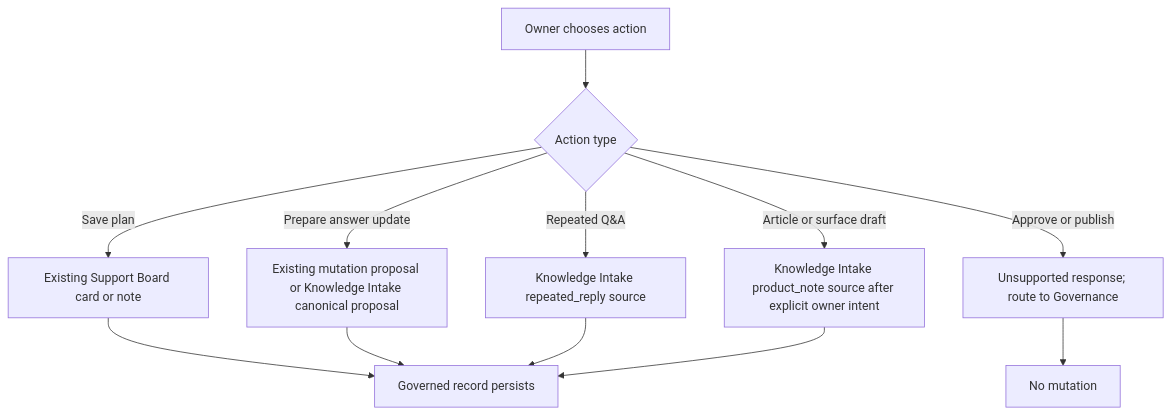
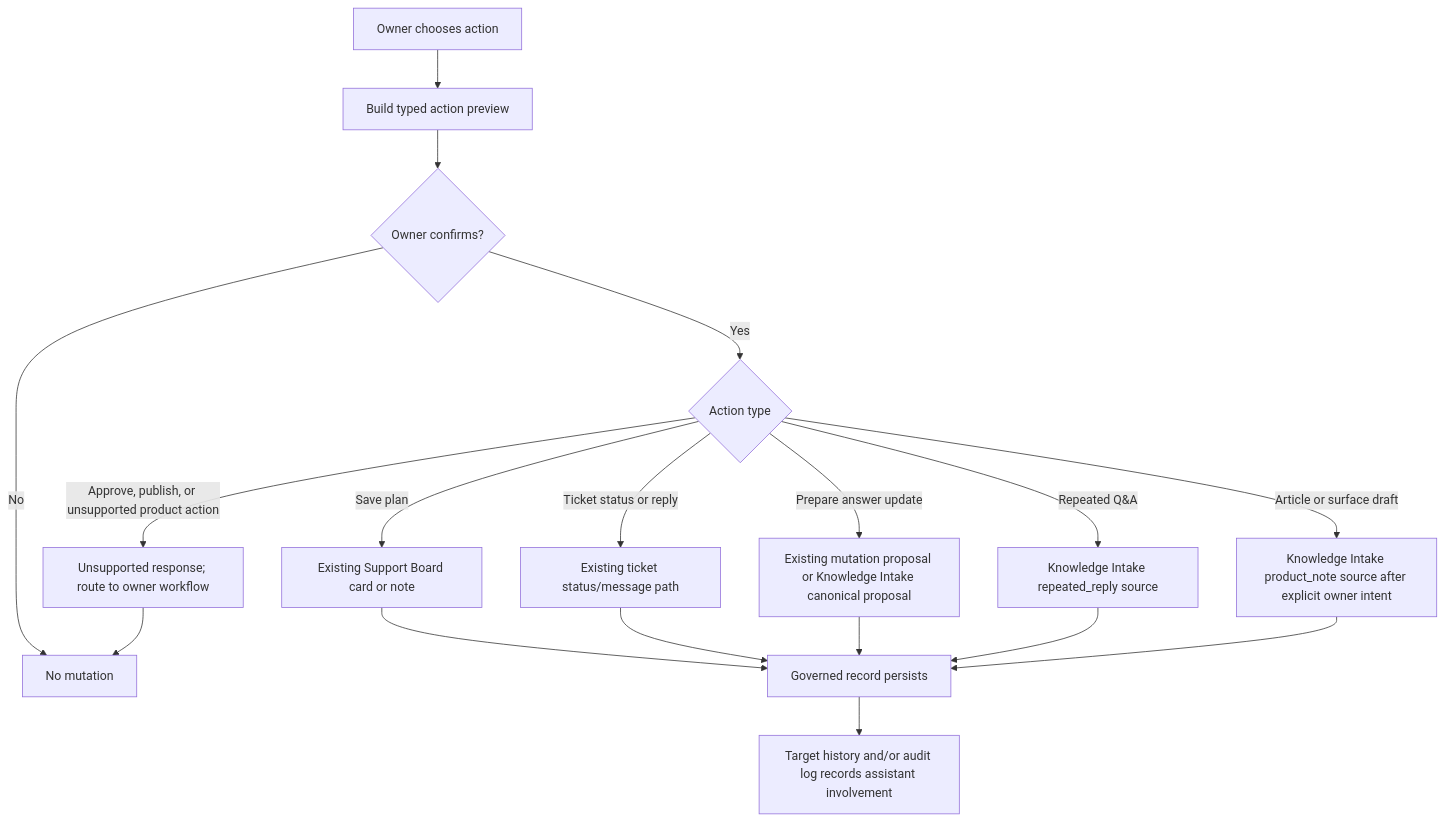
Before and after one commit to neelvara-systems/menulist-core: the second of 2 diagrams in __docs__/answerlattice/owner-support-assistant/owner-support-assistant_architecture.md, drawn with Mermaid. The commit also changed other lines of this file and 30 other files, not shown here.

Commit message:
Expand owner assistant documentation

````diff
--- a/__docs__/answerlattice/owner-support-assistant/owner-support-assistant_architecture.md
+++ b/__docs__/answerlattice/owner-support-assistant/owner-support-assistant_architecture.md
@@ -158,14 +182,20 @@
 ```mermaid
 flowchart TD
-  A["Owner chooses action"] --> B{"Action type"}
-  B -->|Save plan| C["Existing Support Board card or note"]
-  B -->|Prepare answer update| D["Existing mutation proposal or Knowledge Intake canonical proposal"]
-  B -->|Repeated Q&A| E["Knowledge Intake repeated_reply source"]
-  B -->|Article or surface draft| F["Knowledge Intake product_note source after explicit owner intent"]
-  B -->|Approve or publish| G["Unsupported response; route to Governance"]
-  C --> H["Governed record persists"]
-  D --> H
-  E --> H
-  F --> H
-  G --> I["No mutation"]
+  A["Owner chooses action"] --> B["Build typed action preview"]
+  B --> C{"Owner confirms?"}
+  C -->|No| D["No mutation"]
+  C -->|Yes| E{"Action type"}
+  E -->|Save plan| F["Existing Support Board card or note"]
+  E -->|Ticket status or reply| G["Existing ticket status/message path"]
+  E -->|Prepare answer update| H["Existing mutation proposal or Knowledge Intake canonical proposal"]
+  E -->|Repeated Q&A| I["Knowledge Intake repeated_reply source"]
+  E -->|Article or surface draft| J["Knowledge Intake product_note source after explicit owner intent"]
+  E -->|Approve, publish, or unsupported product action| K["Unsupported response; route to owner workflow"]
+  F --> L["Governed record persists"]
+  G --> L
+  H --> L
+  I --> L
+  J --> L
+  L --> M["Target history and/or audit log records assistant involvement"]
+  K --> D
 ```
````
